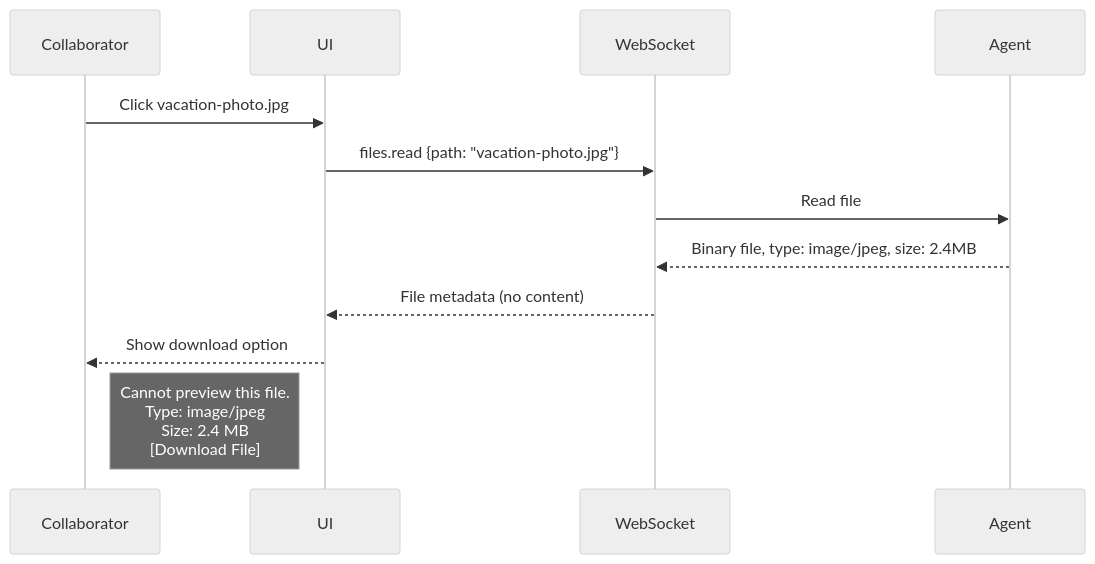
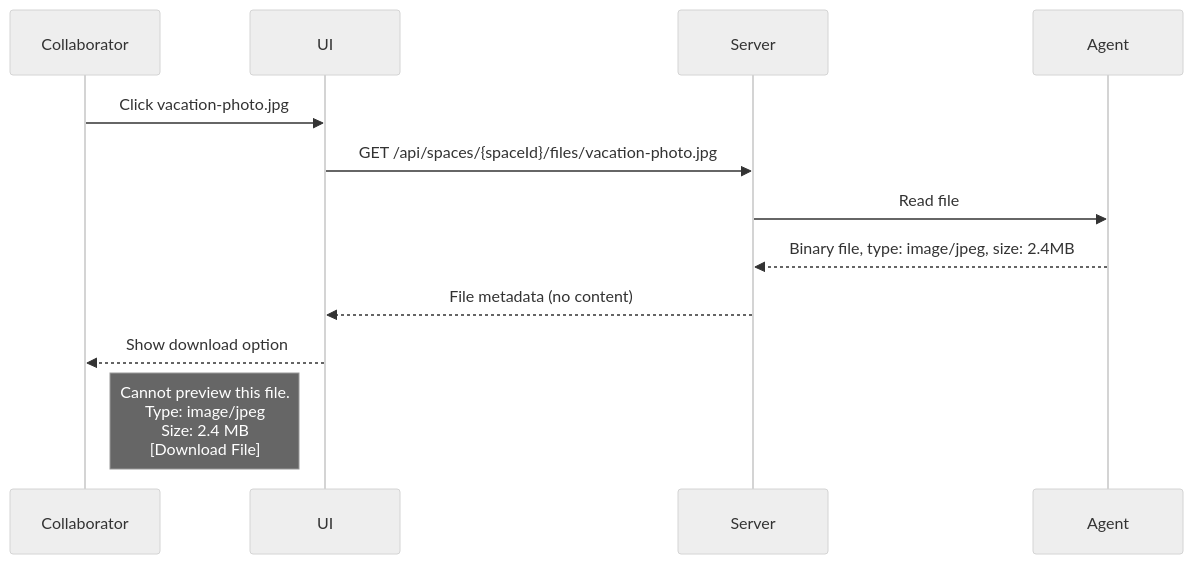
The fourth of 7 diagrams in docs/flows/04-browse-files.md (jchadwick/ai-spaces), drawn with Mermaid (neutral theme) before and after one commit. The commit also changed other lines of this file and 33 other files, not shown here.

````diff
--- a/docs/flows/04-browse-files.md
+++ b/docs/flows/04-browse-files.md
@@ -86,15 +89,15 @@
 ```mermaid
 sequenceDiagram
     participant Collaborator
     participant UI
-    participant WebSocket
+    participant Server
     participant Agent
     
     Collaborator->>UI: Click vacation-photo.jpg
-    UI->>WebSocket: files.read {path: "vacation-photo.jpg"}
-    WebSocket->>Agent: Read file
-    Agent-->>WebSocket: Binary file, type: image/jpeg, size: 2.4MB
-    WebSocket-->>UI: File metadata (no content)
+    UI->>Server: GET /api/spaces/{spaceId}/files/vacation-photo.jpg
+    Server->>Agent: Read file
+    Agent-->>Server: Binary file, type: image/jpeg, size: 2.4MB
+    Server-->>UI: File metadata (no content)
     UI-->>Collaborator: Show download option
     Note right of Collaborator: Cannot preview this file.<br/>Type: image/jpeg<br/>Size: 2.4 MB<br/>[Download File]
 ```
````
